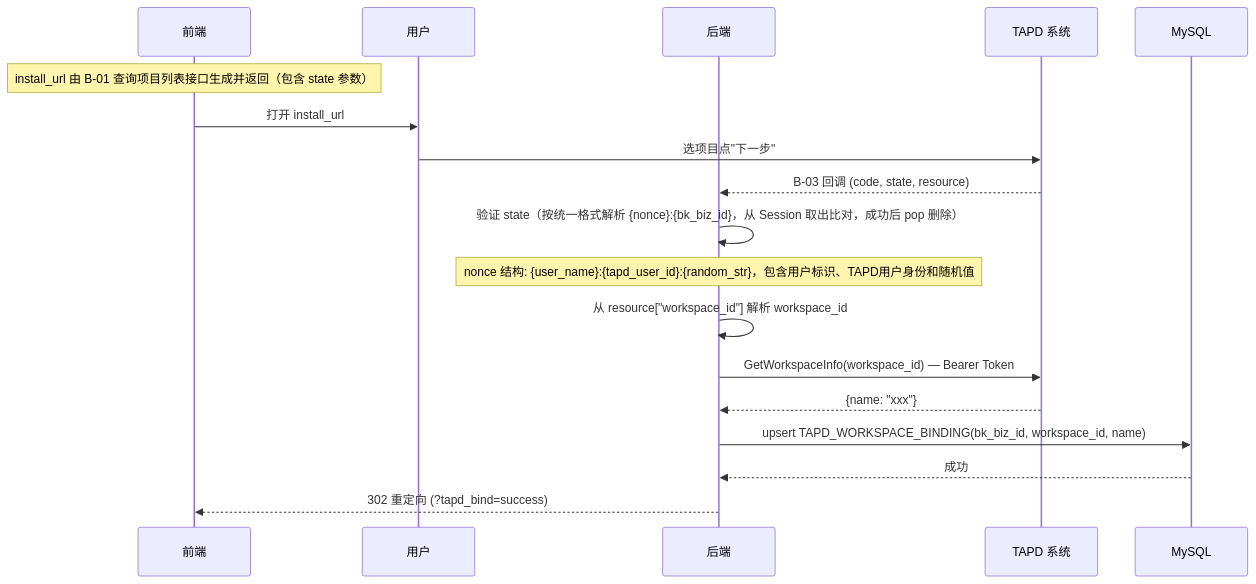
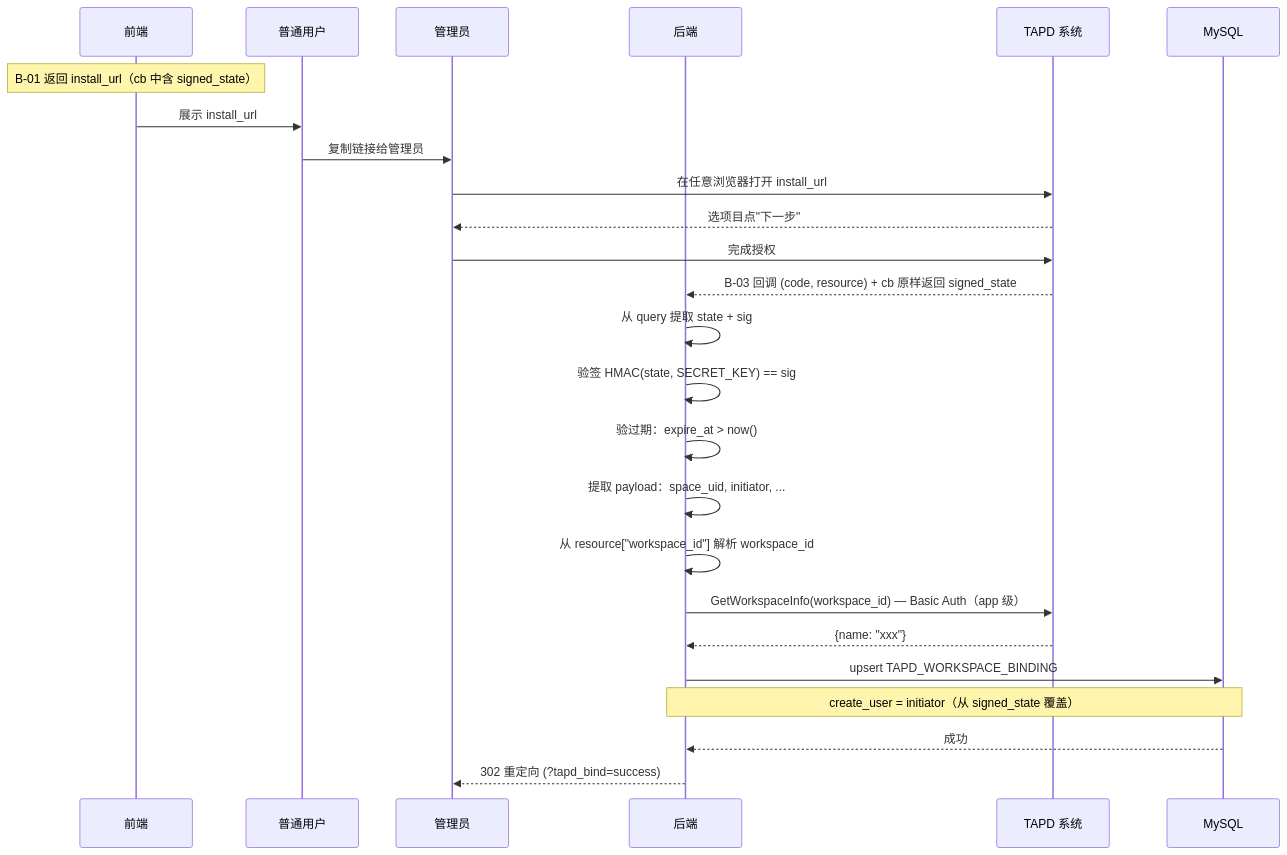
One commit to HACK-WU/bk-monitor-wiki changed the diagram in requirements/integration/2026-06-15-TAPD授权与建单/design/S03_应用态授权_DESIGN.md. Above: the diagram before and after it, drawn with Mermaid. The commit also changed other lines of this file and 34 other files, not shown here.

````diff
--- a/requirements/integration/2026-06-15-TAPD授权与建单/design/S03_应用态授权_DESIGN.md
+++ b/requirements/integration/2026-06-15-TAPD授权与建单/design/S03_应用态授权_DESIGN.md
@@ -175,21 +209,35 @@
 ```mermaid
 sequenceDiagram
     participant FE as 前端
-    participant User as 用户
+    participant User as 普通用户
+    participant Admin as 管理员
     participant BE as 后端
     participant TAPD as TAPD 系统
     participant DB as MySQL
     
-    Note over FE: install_url 由 B-01 查询项目列表接口生成并返回（包含 state 参数）
-    FE->>User: 打开 install_url
-    User->>TAPD: 选项目点"下一步"
-    TAPD-->>BE: B-03 回调 (code, state, resource)
-    BE->>BE: 验证 state（按统一格式解析 {nonce}:{bk_biz_id}，从 Session 取出比对，成功后 pop 删除）
-    Note over BE: nonce 结构: {user_name}:{tapd_user_id}:{random_str}，包含用户标识、TAPD用户身份和随机值
+    Note over FE: B-01 返回 install_url（cb 中含 signed_state）
+    
+    FE->>User: 展示 install_url
+    User->>Admin: 复制链接给管理员
+    
+    Admin->>TAPD: 在任意浏览器打开 install_url
+    TAPD-->>Admin: 选项目点"下一步"
+    
+    Admin->>TAPD: 完成授权
+    TAPD-->>BE: B-03 回调 (code, resource) + cb 原样返回 signed_state
+    
+    BE->>BE: 从 query 提取 state + sig
+    BE->>BE: 验签 HMAC(state, SECRET_KEY) == sig
+    BE->>BE: 验过期：expire_at > now()
+    BE->>BE: 提取 payload：space_uid, initiator, ...
     BE->>BE: 从 resource["workspace_id"] 解析 workspace_id
-    BE->>TAPD: GetWorkspaceInfo(workspace_id) — Bearer Token
+    
+    BE->>TAPD: GetWorkspaceInfo(workspace_id) — Basic Auth（app 级）
     TAPD-->>BE: {name: "xxx"}
-    BE->>DB: upsert TAPD_WORKSPACE_BINDING(bk_biz_id, workspace_id, name)
+    
+    BE->>DB: upsert TAPD_WORKSPACE_BINDING
+    Note over BE,DB: create_user = initiator（从 signed_state 覆盖）
     DB-->>BE: 成功
-    BE-->>FE: 302 重定向 (?tapd_bind=success)
+    
+    BE-->>Admin: 302 重定向 (?tapd_bind=success)
 ```
````
